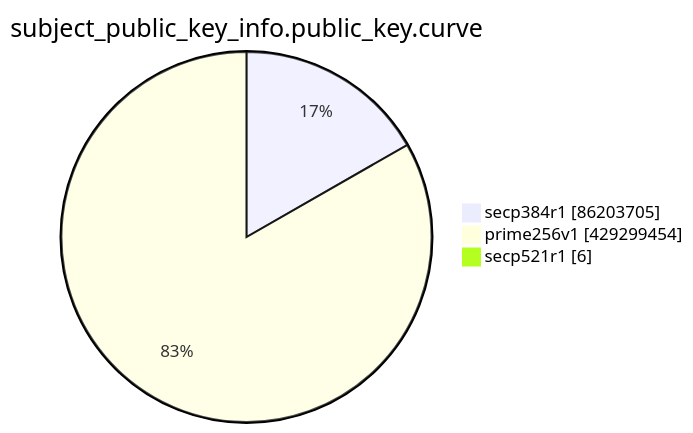
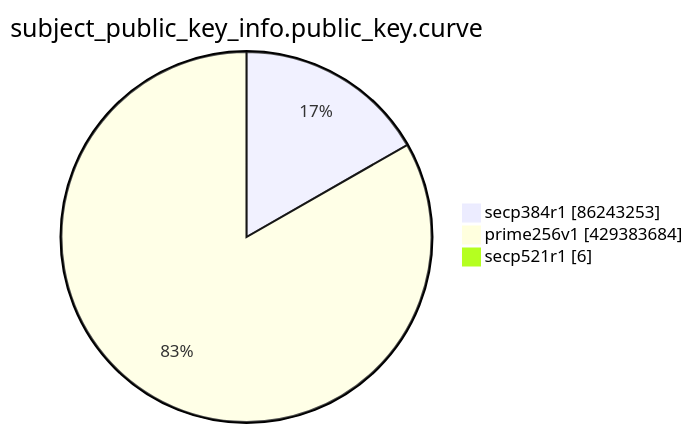
The eighth of 15 diagrams in TOTAL/README.md (christiankrug/ctmonitor_visualization), drawn with Mermaid before and after one commit. The commit also changed other lines of this file, not shown here.

````diff
--- a/TOTAL/README.md
+++ b/TOTAL/README.md
@@ -3100,7 +3100,7 @@
 ```mermaid
 pie showData
 title subject_public_key_info.public_key.curve
-"secp384r1" :86203705
-"prime256v1" :429299454
+"secp384r1" :86243253
+"prime256v1" :429383684
 "secp521r1" :6
 ```
````
